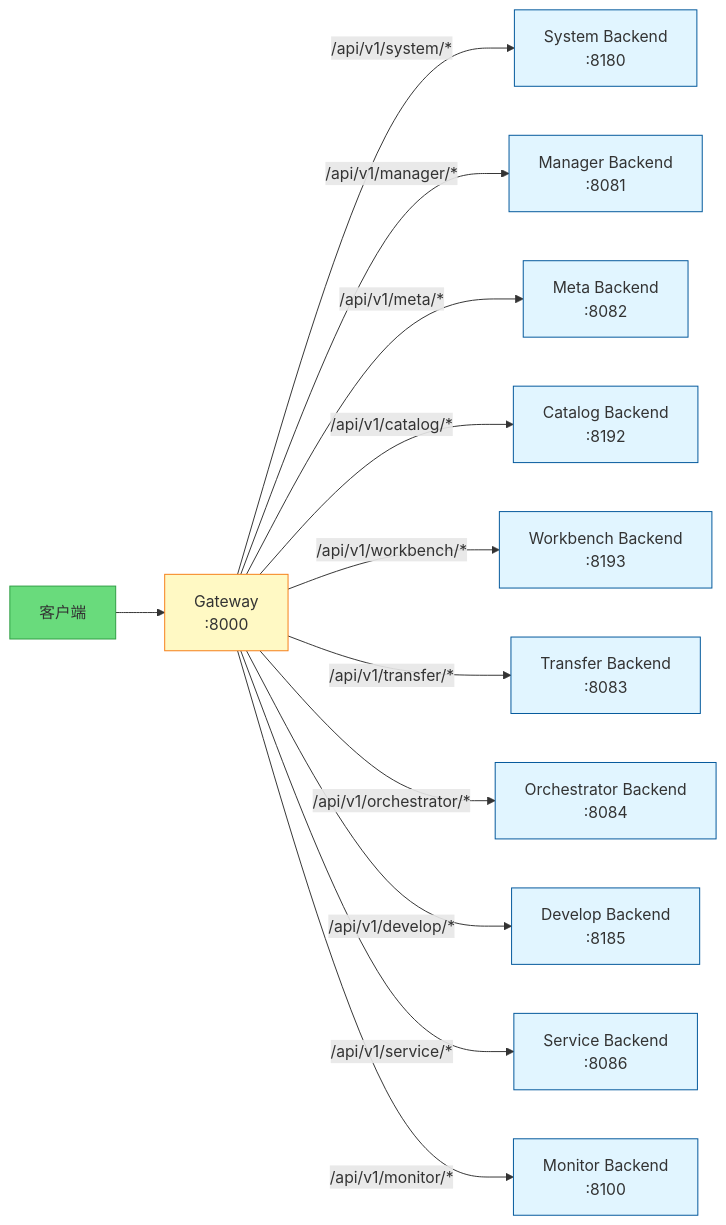
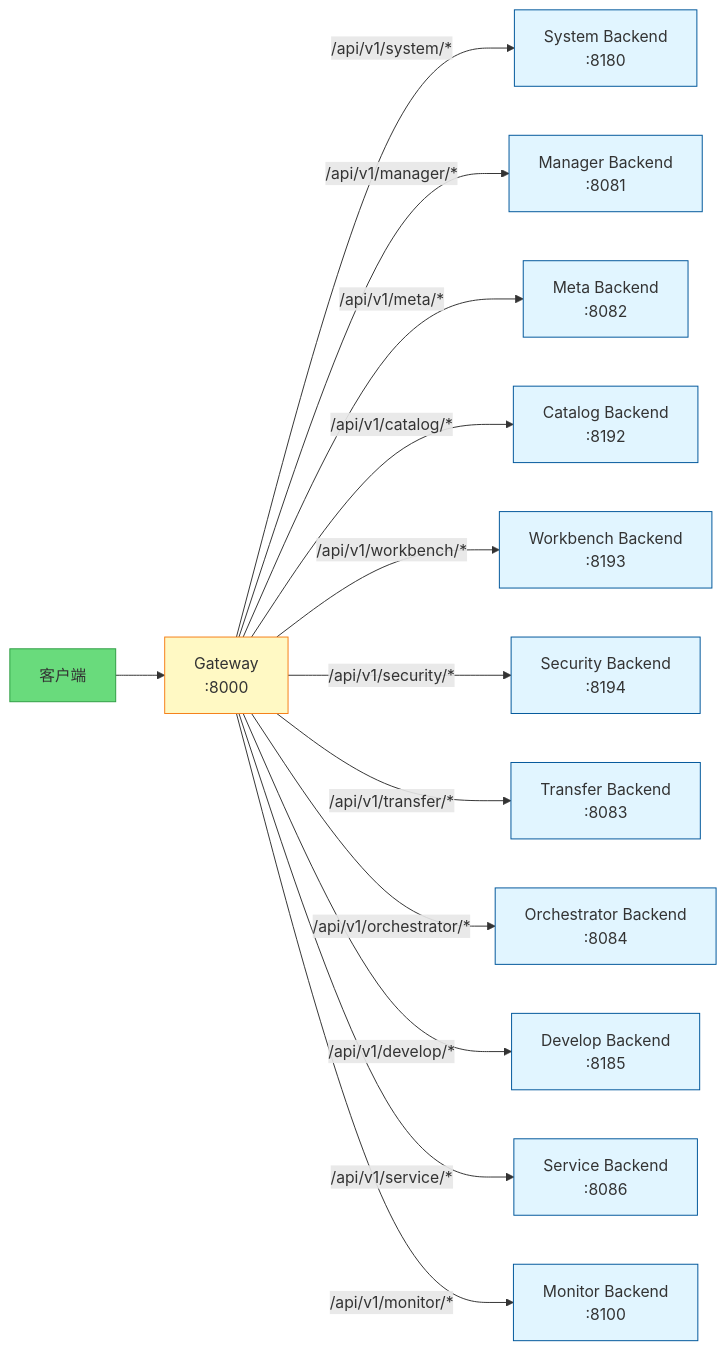
One commit to pampa0629/addp changed the ninth of 14 diagrams in docs/concepts/addp模块架构图.md. Above: the diagram before and after it, drawn with Mermaid. The commit also changed other lines of this file and 718 other files, not shown here.

````diff
--- a/docs/concepts/addp模块架构图.md
+++ b/docs/concepts/addp模块架构图.md
@@ -688,23 +709,24 @@
 ```mermaid
 graph LR
     Client[客户端] --> Gateway[Gateway<br/>:8000]
 
     Gateway --> |/api/v1/system/*| System[System Backend<br/>:8180]
     Gateway --> |/api/v1/manager/*| Manager[Manager Backend<br/>:8081]
     Gateway --> |/api/v1/meta/*| Meta[Meta Backend<br/>:8082]
     Gateway --> |/api/v1/catalog/*| Catalog[Catalog Backend<br/>:8192]
     Gateway --> |/api/v1/workbench/*| Workbench[Workbench Backend<br/>:8193]
+    Gateway --> |/api/v1/security/*| Security[Security Backend<br/>:8194]
     Gateway --> |/api/v1/transfer/*| Transfer[Transfer Backend<br/>:8083]
     Gateway --> |/api/v1/orchestrator/*| Orchestrator[Orchestrator Backend<br/>:8084]
     Gateway --> |/api/v1/develop/*| Develop[Develop Backend<br/>:8185]
     Gateway --> |/api/v1/service/*| Service[Service Backend<br/>:8086]
     Gateway --> |/api/v1/monitor/*| Monitor[Monitor Backend<br/>:8100]
 
     classDef client fill:#69db7c,stroke:#2f9e44
     classDef gateway fill:#fff9c4,stroke:#f57f17
     classDef backend fill:#e1f5ff,stroke:#01579b
 
     class Client client
     class Gateway gateway
-    class System,Manager,Meta,Catalog,Workbench,Transfer,Orchestrator,Develop,Service,Monitor backend
+    class System,Manager,Meta,Catalog,Workbench,Security,Transfer,Orchestrator,Develop,Service,Monitor backend
 ```
````
